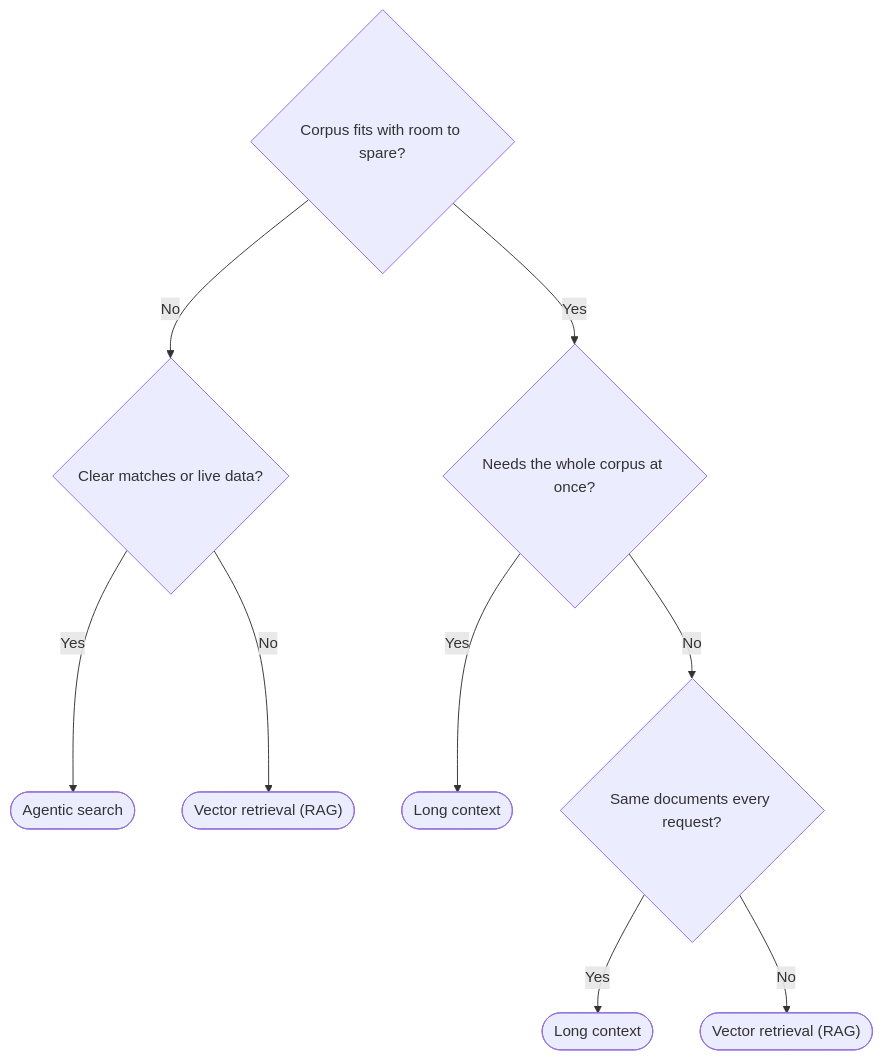
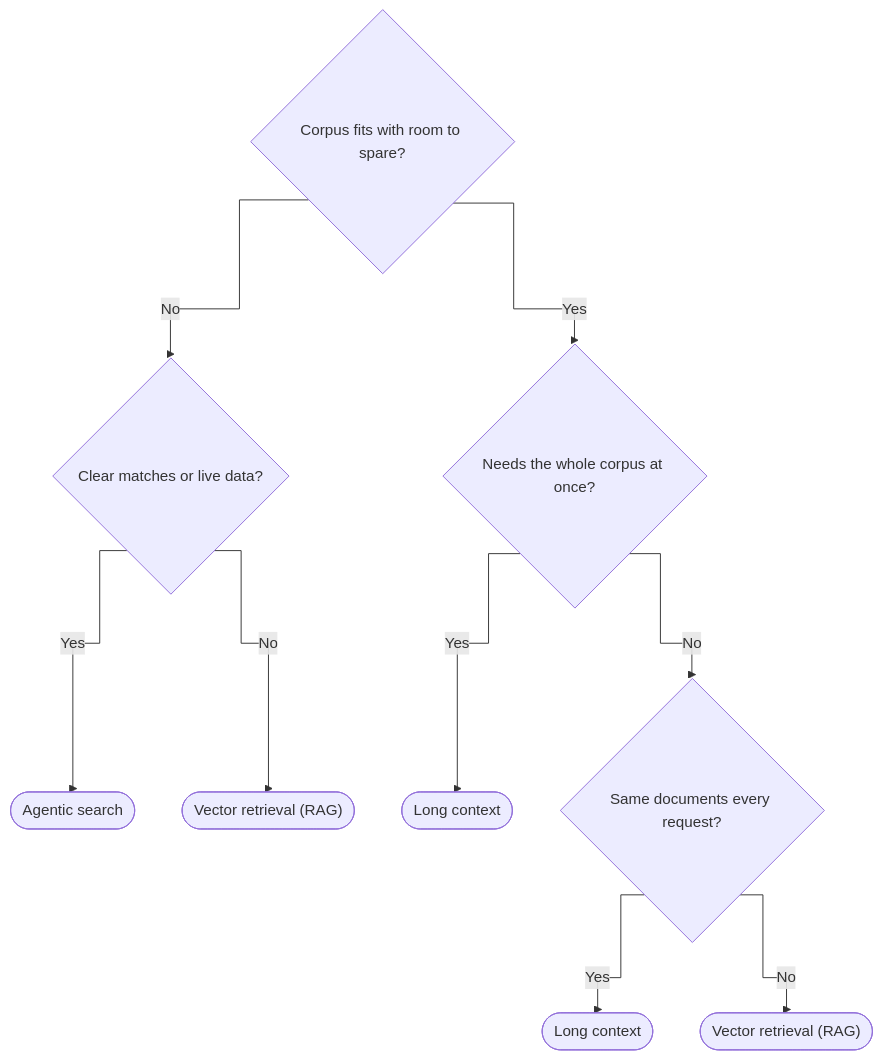
The diagram in public/uploads/rules/rag-vs-long-context/rule.mdx (SSWConsulting/SSW.Rules.Content), drawn with Mermaid before and after one commit.

Commit message:
Use step (right-angle) edge routing on the decision tree
Curvature and crossings were separate problems. Crossings were topology - two
nodes had multiple parents, so a layered layout had to route edges across the
tree - and were fixed by giving every path its own leaf. The graph is now a
strict tree, which makes a top-down layered layout planar: crossings are not
possible regardless of renderer.

This commit only handles the curves, via mermaid's curve setting.

Claude-Session: https://claude.ai/code/session_017TKtfnFCLyedwvoogchRFy

````diff
--- a/public/uploads/rules/rag-vs-long-context/rule.mdx
+++ b/public/uploads/rules/rag-vs-long-context/rule.mdx
@@ -69,15 +69,16 @@
 ```mermaid
+%%{init: {"flowchart": {"curve": "step"}}}%%
 flowchart TD
     Fits{"Corpus fits with room to spare?"}
     Fits -->|"No"| Handles{"Clear matches or live data?"}
     Fits -->|"Yes"| Global{"Needs the whole corpus at once?"}
 
     Handles -->|"Yes"| Agentic(["Agentic search"])
     Handles -->|"No"| RagLarge(["Vector retrieval (RAG)"])
 
     Global -->|"Yes"| LcGlobal(["Long context"])
     Global -->|"No"| Repeats{"Same documents every request?"}
 
     Repeats -->|"Yes"| LcRepeat(["Long context"])
     Repeats -->|"No"| RagVolatile(["Vector retrieval (RAG)"])
 ```
````
